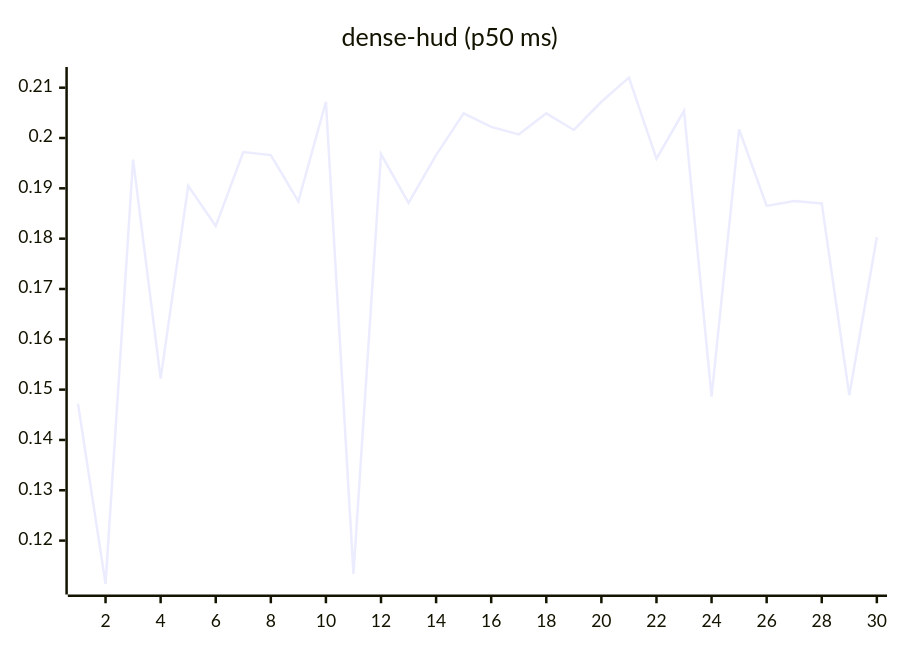
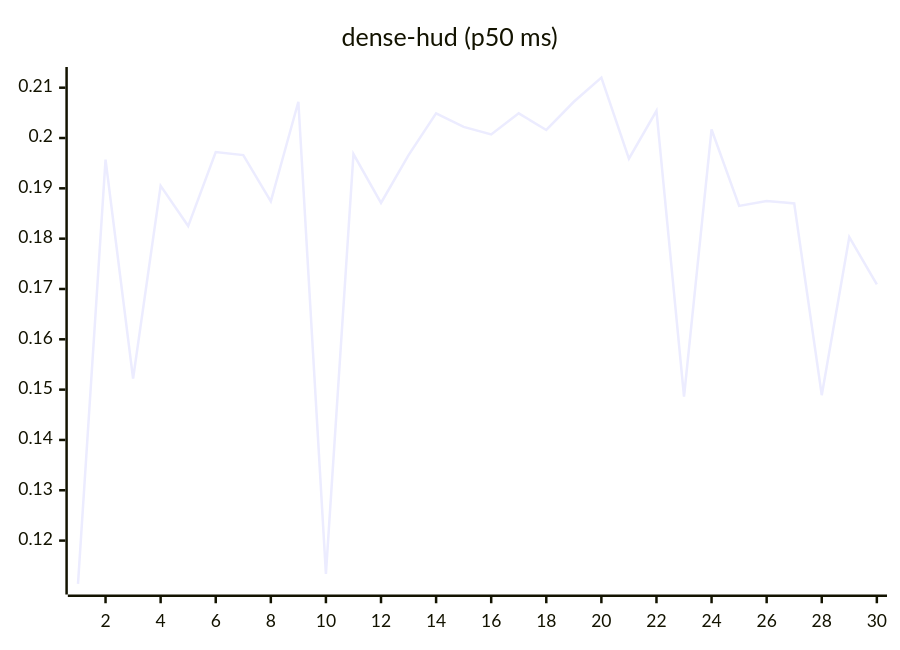
Before and after one commit to josha/Facet: the eighth of 27 diagrams in README.md, drawn with Mermaid. The commit also changed other lines of this file and 2 other files, not shown here.

````diff
--- a/README.md
+++ b/README.md
@@ -112,6 +112,6 @@
 ```mermaid
 xychart-beta
     title "dense-hud (p50 ms)"
     x-axis 1 --> 30
-    line [0.1472, 0.1114, 0.1957, 0.1522, 0.1905, 0.1825, 0.1972, 0.1966, 0.1874, 0.2072, 0.1134, 0.1968, 0.1871, 0.1966, 0.2049, 0.2022, 0.2007, 0.2049, 0.2016, 0.2072, 0.2120, 0.1959, 0.2054, 0.1486, 0.2017, 0.1865, 0.1875, 0.1870, 0.1489, 0.1803]
+    line [0.1114, 0.1957, 0.1522, 0.1905, 0.1825, 0.1972, 0.1966, 0.1874, 0.2072, 0.1134, 0.1968, 0.1871, 0.1966, 0.2049, 0.2022, 0.2007, 0.2049, 0.2016, 0.2072, 0.2120, 0.1959, 0.2054, 0.1486, 0.2017, 0.1865, 0.1875, 0.1870, 0.1489, 0.1803, 0.1709]
 ```
````
